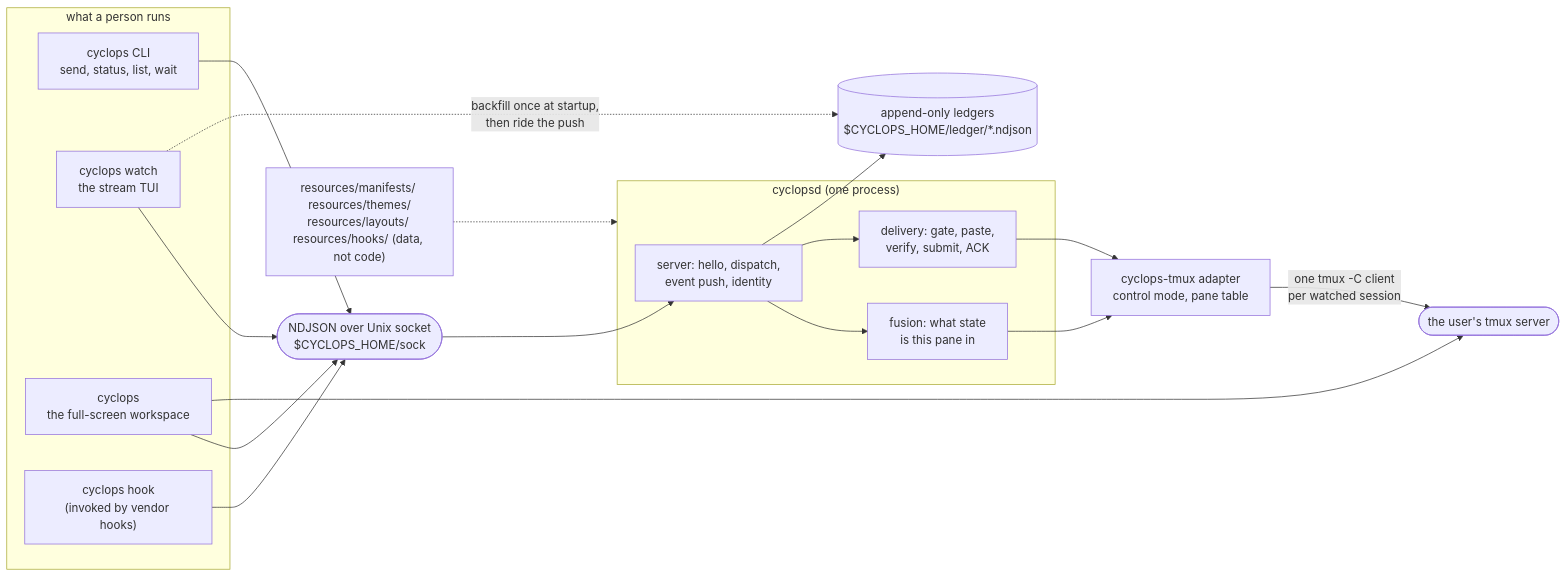
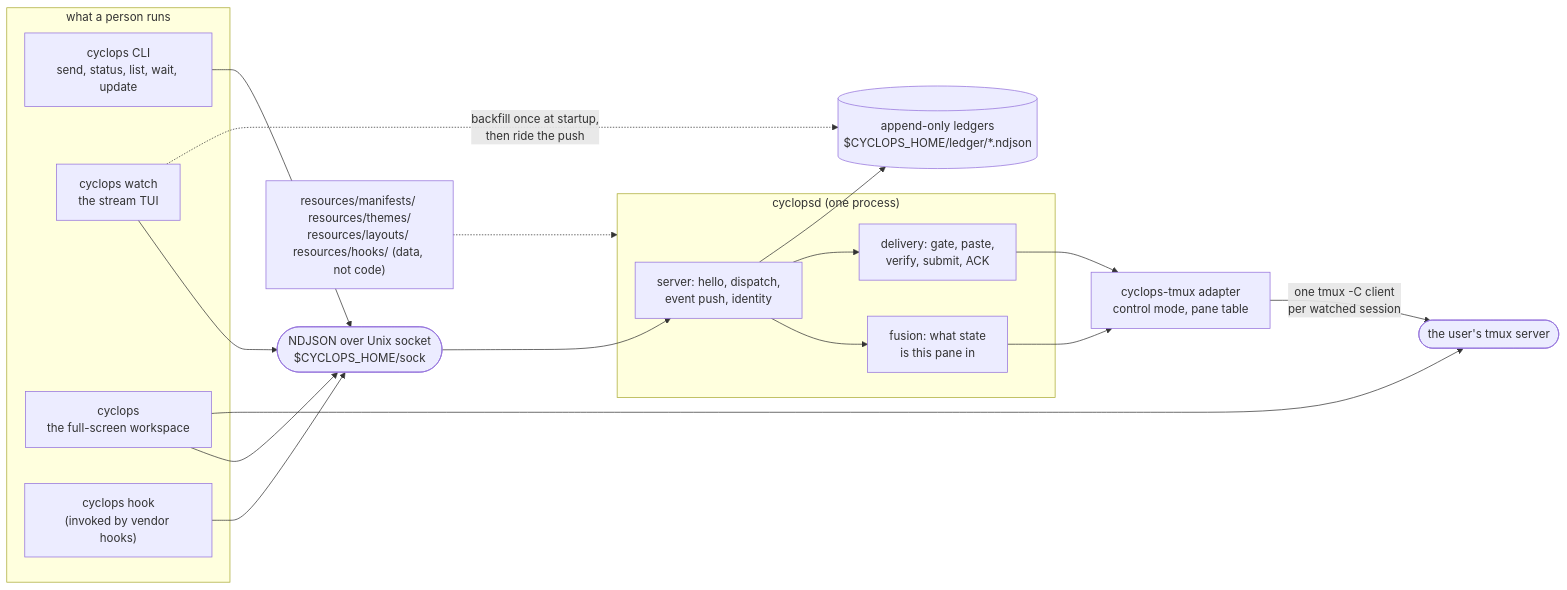
The first of 2 diagrams in .agents/summary/architecture.md (cyclops-team/cyclops), drawn with Mermaid before and after one commit. The commit also changed other lines of this file and 9 other files, not shown here.

````diff
--- a/.agents/summary/architecture.md
+++ b/.agents/summary/architecture.md
@@ -10,34 +10,34 @@
 ```mermaid
 flowchart LR
     subgraph clients["what a person runs"]
-      cli["cyclops CLI<br/>send, status, list, wait"]
+      cli["cyclops CLI<br/>send, status, list, wait, update"]
       ui["cyclops watch<br/>the stream TUI"]
       ws["cyclops<br/>the full-screen workspace"]
       hk["cyclops hook<br/>(invoked by vendor hooks)"]
     end
     sock(["NDJSON over Unix socket<br/>$CYCLOPS_HOME/sock"])
     subgraph daemon["cyclopsd (one process)"]
       srv["server: hello, dispatch,<br/>event push, identity"]
       fus["fusion: what state<br/>is this pane in"]
       del["delivery: gate, paste,<br/>verify, submit, ACK"]
     end
     ad["cyclops-tmux adapter<br/>control mode, pane table"]
     tmux(["the user's tmux server"])
     led[("append-only ledgers<br/>$CYCLOPS_HOME/ledger/*.ndjson")]
     data["resources/manifests/ resources/themes/<br/>resources/layouts/ resources/hooks/ (data, not code)"]
 
     cli --> sock
     ui --> sock
     ws --> sock
     ws --> tmux
     hk --> sock
     sock --> srv
     srv --> fus
     srv --> del
     fus --> ad
     del --> ad
     ad -->|"one tmux -C client<br/>per watched session"| tmux
     srv --> led
     ui -.->|"backfill once at startup,<br/>then ride the push"| led
     data -.-> daemon
 ```
````
